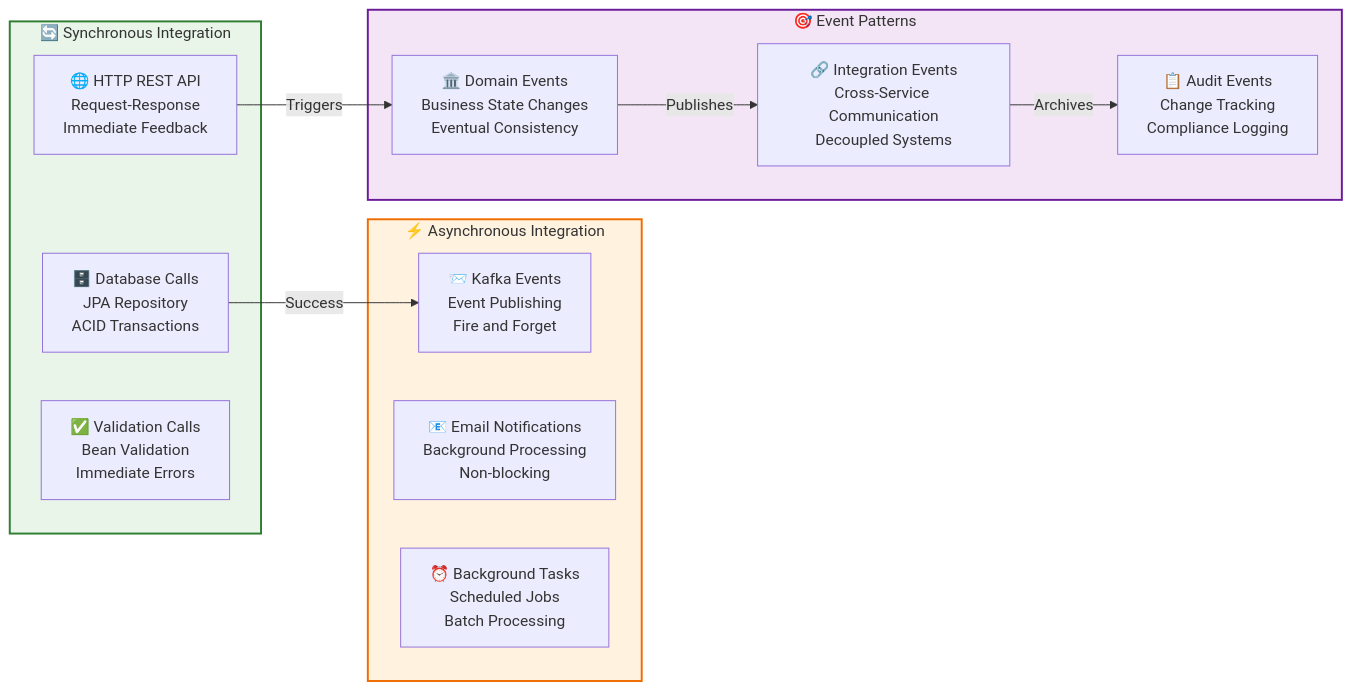
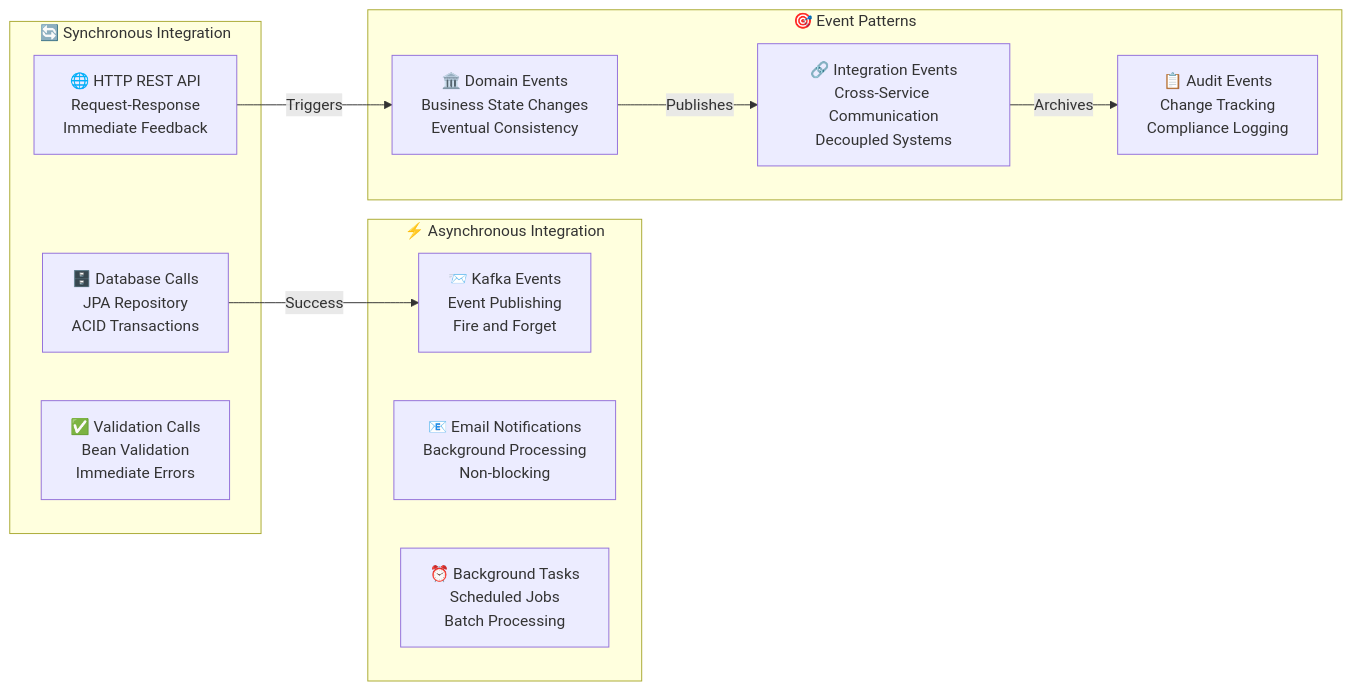
The fourth of 4 diagrams in TECHNOLOGY_FLOW_DIAGRAM.md (italo-costa/estudosKBNT_Kafka_Logs_V2_cleanCode), drawn with Mermaid before and after one commit. The commit also changed other lines of this file and 2 other files, not shown here.

First line of the commit message:
Fix Mermaid diagrams for GitHub compatibility

````diff
--- a/TECHNOLOGY_FLOW_DIAGRAM.md
+++ b/TECHNOLOGY_FLOW_DIAGRAM.md
@@ -189,36 +161,25 @@
 ```mermaid
 graph LR
-    %% Estilos
-    classDef syncStyle fill:#e8f5e8,stroke:#2e7d32,stroke-width:2px
-    classDef asyncStyle fill:#fff3e0,stroke:#ef6c00,stroke-width:2px
-    classDef eventStyle fill:#f3e5f5,stroke:#6a1b9a,stroke-width:2px
-
     subgraph SYNC_INTEGRATION ["🔄 Synchronous Integration"]
         HTTP_API["🌐 HTTP REST API<br/>Request-Response<br/>Immediate Feedback"]
         DATABASE_CALL["🗄️ Database Calls<br/>JPA Repository<br/>ACID Transactions"]
         VALIDATION_CALL["✅ Validation Calls<br/>Bean Validation<br/>Immediate Errors"]
     end
 
     subgraph ASYNC_INTEGRATION ["⚡ Asynchronous Integration"]
         KAFKA_EVENTS["📨 Kafka Events<br/>Event Publishing<br/>Fire and Forget"]
         EMAIL_NOTIFICATIONS["📧 Email Notifications<br/>Background Processing<br/>Non-blocking"]
         BACKGROUND_TASKS["⏰ Background Tasks<br/>Scheduled Jobs<br/>Batch Processing"]
     end
 
     subgraph EVENT_PATTERNS ["🎯 Event Patterns"]
         DOMAIN_EVENTS["🏛️ Domain Events<br/>Business State Changes<br/>Eventual Consistency"]
         INTEGRATION_EVENTS["🔗 Integration Events<br/>Cross-Service Communication<br/>Decoupled Systems"]
         AUDIT_EVENTS["📋 Audit Events<br/>Change Tracking<br/>Compliance Logging"]
     end
 
-    %% Fluxos
     HTTP_API -->|Triggers| DOMAIN_EVENTS
     DATABASE_CALL -->|Success| KAFKA_EVENTS
     DOMAIN_EVENTS -->|Publishes| INTEGRATION_EVENTS
     INTEGRATION_EVENTS -->|Archives| AUDIT_EVENTS
-
-    %% Estilos
-    class SYNC_INTEGRATION syncStyle
-    class ASYNC_INTEGRATION asyncStyle
-    class EVENT_PATTERNS eventStyle
 ```
````
